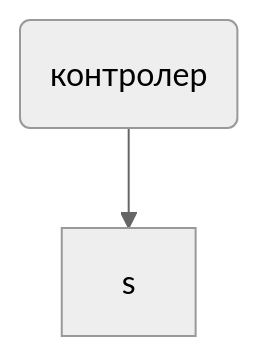
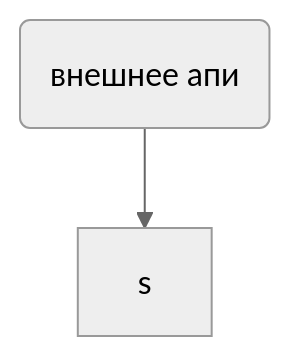
One commit to ingego/provider_info changed the diagram in daily/tasks/tasks.md. Above: the diagram before and after it, drawn with Mermaid (neutral theme).

Commit message:
auto-commit

````diff
--- a/daily/tasks/tasks.md
+++ b/daily/tasks/tasks.md
@@ -31,6 +31,6 @@
 ```mermaid 
 flowchart TD 
 
-id(контролер)
+id(внешнее апи)
 id-->s
 ```
````
